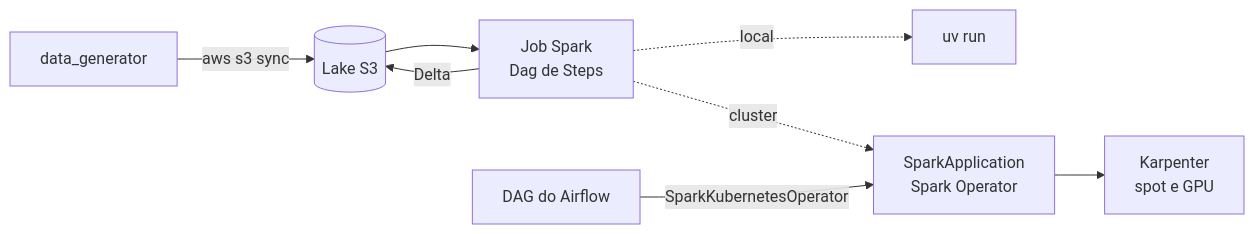
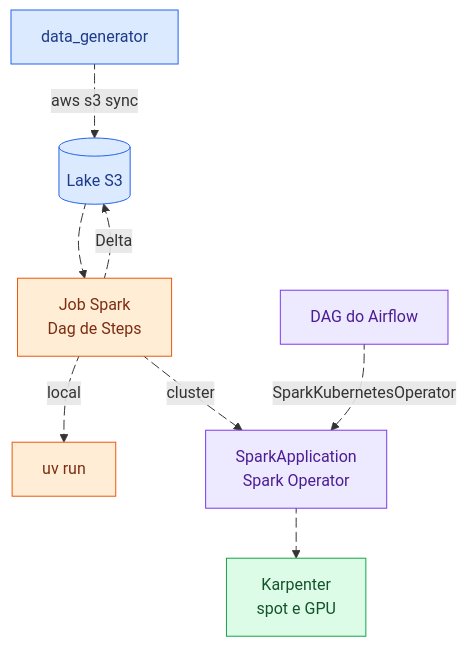
Before and after one commit to ManuelVenturaNeto/infrastruture-aws-eks: the diagram in README.md, drawn with Mermaid.

Commit message:
docs: make architecture diagram vertical, animated and colored

````diff
--- a/README.md
+++ b/README.md
@@ -8,10 +8,28 @@
 ```mermaid
-flowchart LR
-  G[data_generator] -->|aws s3 sync| L[(Lake S3)]
-  L --> J[Job Spark<br/>Dag de Steps]
-  J -->|Delta| L
-  J -.local.-> U[uv run]
-  J -.cluster.-> K[SparkApplication<br/>Spark Operator]
-  A[DAG do Airflow] -->|SparkKubernetesOperator| K
-  K --> N[Karpenter<br/>spot e GPU]
+flowchart TB
+  G[data_generator] e1@-->|aws s3 sync| L[(Lake S3)]
+  L e2@--> J[Job Spark<br/>Dag de Steps]
+  J e3@-->|Delta| L
+  J e4@-.->|local| U[uv run]
+  J e5@-.->|cluster| K[SparkApplication<br/>Spark Operator]
+  A[DAG do Airflow] e6@-->|SparkKubernetesOperator| K
+  K e7@--> N[Karpenter<br/>spot e GPU]
+
+  e1@{ animate: true }
+  e2@{ animate: true }
+  e3@{ animate: true }
+  e4@{ animate: true }
+  e5@{ animate: true }
+  e6@{ animate: true }
+  e7@{ animate: true }
+
+  classDef data fill:#dbeafe,stroke:#2563eb,color:#1e3a8a
+  classDef compute fill:#ffedd5,stroke:#ea580c,color:#7c2d12
+  classDef orchestration fill:#ede9fe,stroke:#7c3aed,color:#4c1d95
+  classDef infra fill:#dcfce7,stroke:#16a34a,color:#14532d
+
+  class G,L data
+  class J,U compute
+  class A,K orchestration
+  class N infra
 ```
````
